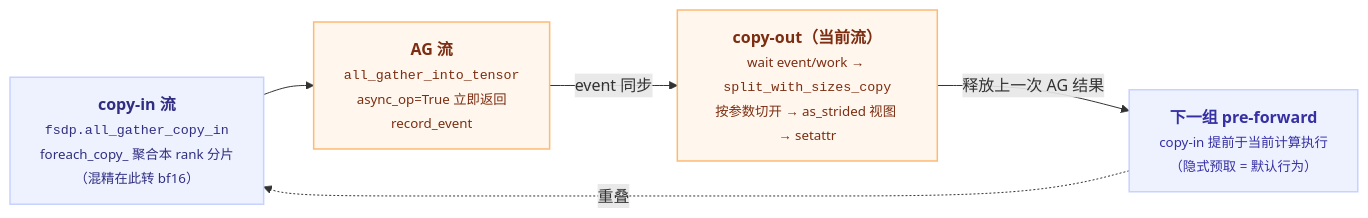
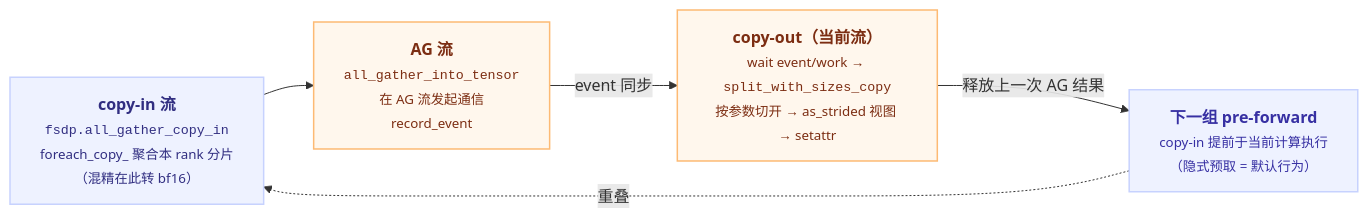
The third of 3 diagrams in docs/knowledge/ai/systems/pytorch/pytorch-fsdp.md (stevexiaofei/second-brain), drawn with Mermaid before and after one commit. The commit also changed other lines of this file and 33 other files, not shown here.

````diff
--- a/docs/knowledge/ai/systems/pytorch/pytorch-fsdp.md
+++ b/docs/knowledge/ai/systems/pytorch/pytorch-fsdp.md
@@ -134,18 +134,18 @@
 ```mermaid
 flowchart LR
     CI["<b>copy-in 流</b><br/><small><code>fsdp.all_gather_copy_in</code><br/>foreach_copy_ 聚合本 rank 分片<br/>（混精在此转 bf16）</small>"]:::step
-    AG["<b>AG 流</b><br/><small><code>all_gather_into_tensor</code><br/>async_op=True 立即返回<br/>record_event</small>"]:::action
+    AG["<b>AG 流</b><br/><small><code>all_gather_into_tensor</code><br/>在 AG 流发起通信<br/>record_event</small>"]:::action
     CO["<b>copy-out（当前流）</b><br/><small>wait event/work → <code>split_with_sizes_copy</code><br/>按参数切开 → as_strided 视图 → setattr</small>"]:::action
     NEXT["<b>下一组 pre-forward</b><br/><small>copy-in 提前于当前计算执行<br/>（隐式预取 = 默认行为）</small>"]:::branchYes
 
     CI --> AG
     AG -- "event 同步" --> CO
     CO -- "释放上一次 AG 结果" --> NEXT
     NEXT -. "重叠" .-> CI
 
     classDef step     fill:#eef2ff,stroke:#c7d2fe,color:#312e81,stroke-width:1.5px
     classDef action   fill:#fff7ed,stroke:#fdba74,color:#7c2d12,stroke-width:1.5px
     classDef decide   fill:#fef3c7,stroke:#fcd34d,color:#78350f,stroke-width:1.5px
     classDef branchNo fill:#f0fdf4,stroke:#86efac,color:#166534,stroke-width:1.5px
     classDef branchYes fill:#eef2ff,stroke:#c7d2fe,color:#3730a3,stroke-width:1.5px
 ```
````
